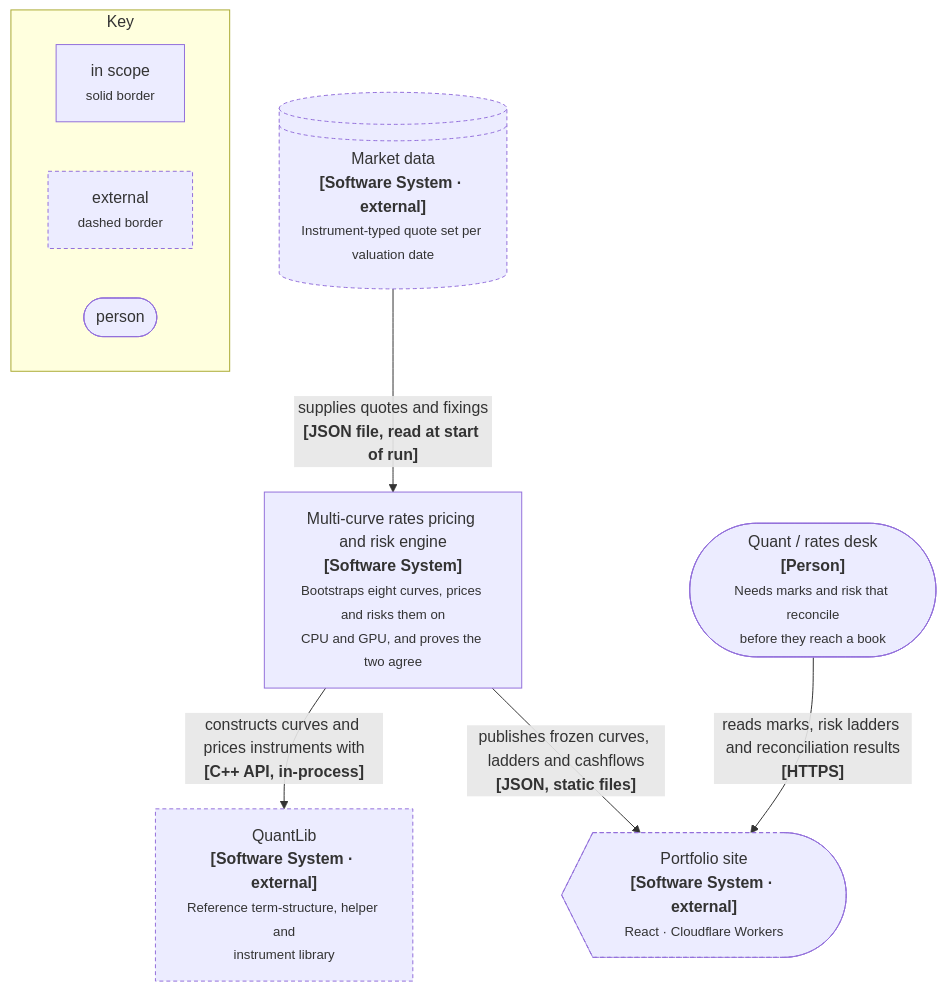
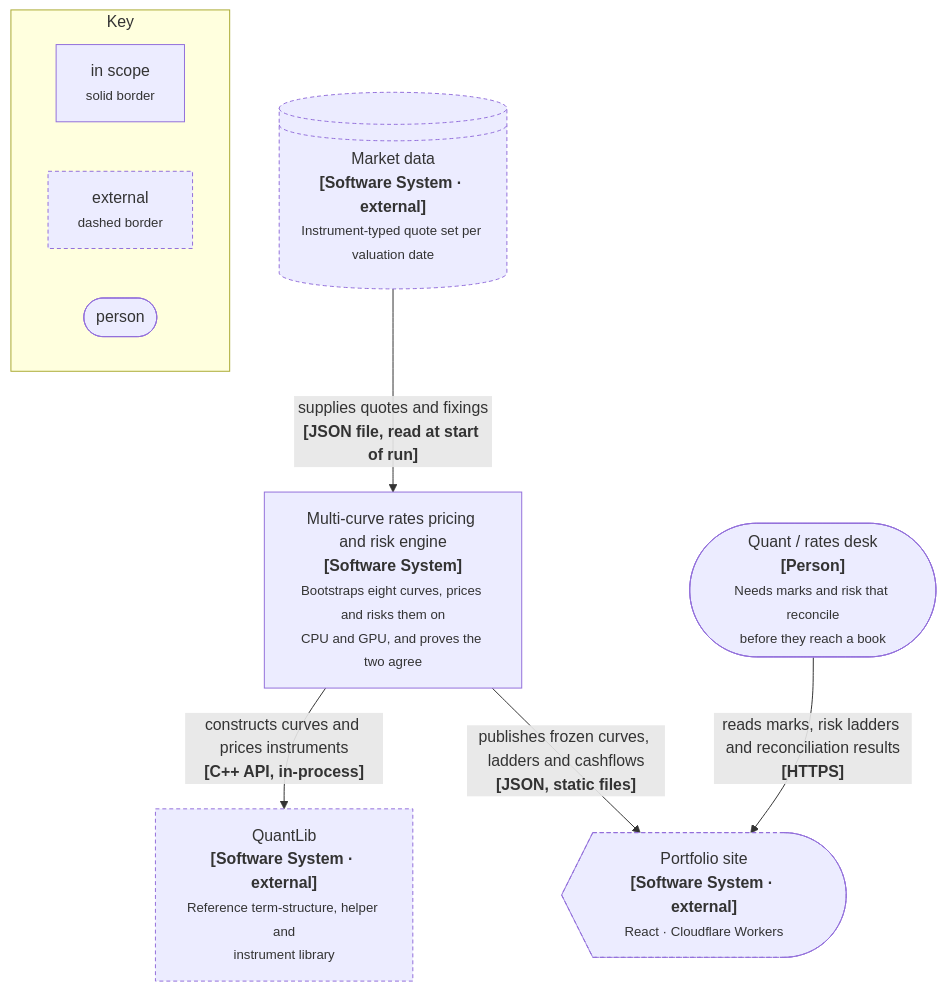
One commit to jrwglover/portfolio changed the diagram in src/components/dashboards/curve_model/diagrams/c4-context.mmd. Above: the diagram before and after it, drawn with Mermaid. The commit also changed 5 other files, not shown here.

```diff
--- a/src/components/dashboards/curve_model/diagrams/c4-context.mmd
+++ b/src/components/dashboards/curve_model/diagrams/c4-context.mmd
@@ -1,27 +1,27 @@
 %% C4 Level 1: System Context.
 %% C4 notation rules followed here: every element carries name, [type], and a
 %% description; every relationship is labelled with intent AND technology.
 flowchart TB
   Q(["Quant / rates desk<br/><b>[Person]</b><br/><small>Needs marks and risk that reconcile<br/>before they reach a book</small>"])
 
   SYS["Multi-curve rates pricing and risk engine<br/><b>[Software System]</b><br/><small>Bootstraps eight curves, prices and risks them on<br/>CPU and GPU, and proves the two agree</small>"]
 
   MKT@{ shape: lin-cyl, label: "Market data<br/><b>[Software System · external]</b><br/><small>Instrument-typed quote set per valuation date</small>" }
   QLIB["QuantLib<br/><b>[Software System · external]</b><br/><small>Reference term-structure, helper and<br/>instrument library</small>"]
   SITE@{ shape: curv-trap, label: "Portfolio site<br/><b>[Software System · external]</b><br/><small>React · Cloudflare Workers</small>" }
 
   MKT -->|"supplies quotes and fixings<br/><b>[JSON file, read at start of run]</b>"| SYS
-  SYS -->|"constructs curves and prices instruments with<br/><b>[C++ API, in-process]</b>"| QLIB
+  SYS -->|"constructs curves and prices instruments<br/><b>[C++ API, in-process]</b>"| QLIB
   SYS -->|"publishes frozen curves, ladders and cashflows<br/><b>[JSON, static files]</b>"| SITE
   Q -->|"reads marks, risk ladders and reconciliation results<br/><b>[HTTPS]</b>"| SITE
 
   classDef ext stroke-dasharray:4 3
   class MKT,QLIB,SITE ext
 
   subgraph KEY[" Key "]
     direction LR
     K1["in scope<br/><small>solid border</small>"]
     K2["external<br/><small>dashed border</small>"]
     K3(["person"])
   end
   class K2 ext
```
